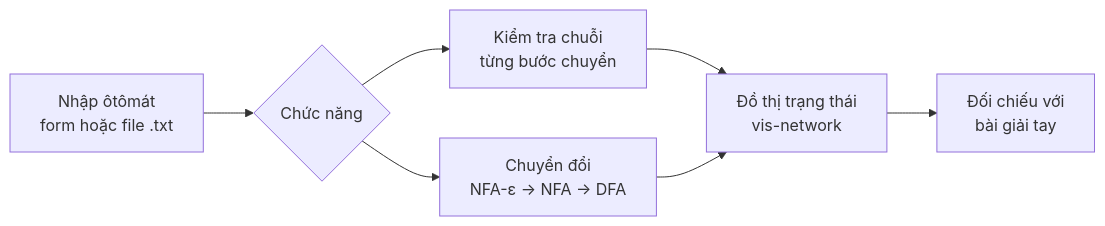
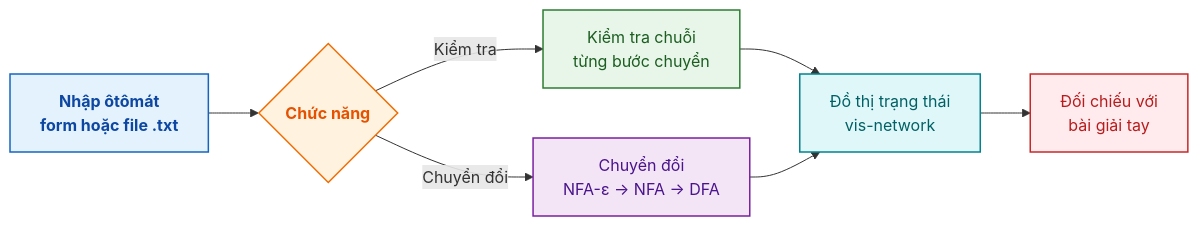
The first of 6 diagrams in README.md (huynhthanhphong231004IT/Theoretical_Computer_Science_CT121), drawn with Mermaid before and after one commit. The commit also changed other lines of this file, not shown here.

````diff
--- a/README.md
+++ b/README.md
@@ -22,9 +29,33 @@
 ```mermaid
 flowchart LR
-    A["Nhập ôtômát<br/>form hoặc file .txt"] --> B{"Chức năng"}
-    B --> C["Kiểm tra chuỗi<br/>từng bước chuyển"]
-    B --> D["Chuyển đổi<br/>NFA-ε → NFA → DFA"]
-    C --> E["Đồ thị trạng thái<br/>vis-network"]
+    %% Định nghĩa phong cách màu sắc chuẩn Academic (Nhiều màu, chuyên nghiệp)
+    classDef input fill:#E3F2FD,stroke:#1565C0,stroke-width:1.5px,color:#0D47A1,font-weight:bold;
+    classDef decision fill:#FFF3E0,stroke:#EF6C00,stroke-width:1.5px,color:#E65100,font-weight:bold;
+    classDef process1 fill:#E8F5E9,stroke:#2E7D32,stroke-width:1.5px,color:#1B5E20;
+    classDef process2 fill:#F3E5F5,stroke:#7B1FA2,stroke-width:1.5px,color:#4A148C;
+    classDef graphNode fill:#E0F7FA,stroke:#00838F,stroke-width:1.5px,color:#006064;
+    classDef output fill:#FFEBEE,stroke:#C62828,stroke-width:1.5px,color:#B71C1C;
+
+    %% Các nút trong sơ đồ (đã ngắt dòng chủ động)
+    A["Nhập ôtômát<br/>form hoặc file .txt"]:::input
+    
+    B{"Chức năng"}:::decision
+    
+    C["Kiểm tra chuỗi<br/>từng bước chuyển"]:::process1
+    D["Chuyển đổi<br/>NFA-ε → NFA → DFA"]:::process2
+    
+    E["Đồ thị trạng thái<br/>vis-network"]:::graphNode
+    
+    F["Đối chiếu với<br/>bài giải tay"]:::output
+
+    %% Luồng liên kết dữ liệu
+    A --> B
+    
+    B -->|Kiểm tra| C
+    B -->|Chuyển đổi| D
+    
+    C --> E
     D --> E
-    E --> F["Đối chiếu với<br/>bài giải tay"]
+    
+    E --> F
 ```
````
